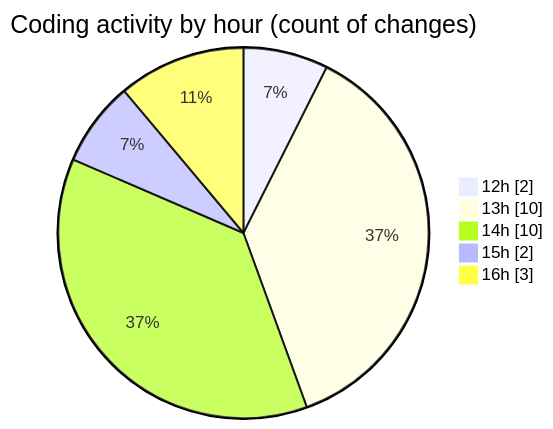
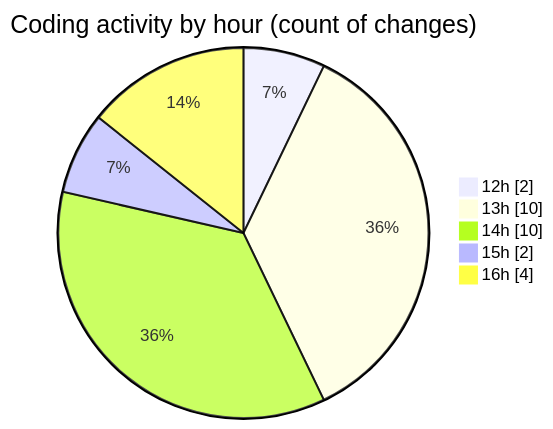
One commit to shibass792/code-tracking changed the second of 2 diagrams in 2026-07-12/untitled__workspace_/README.md. Above: the diagram before and after it, drawn with Mermaid. The commit also changed other lines of this file and 1 other file, not shown here.

````diff
--- a/2026-07-12/untitled__workspace_/README.md
+++ b/2026-07-12/untitled__workspace_/README.md
@@ -34,9 +35,9 @@
 ```mermaid
 pie showData
 title Coding activity by hour (count of changes)
 "12h" : 2
 "13h" : 10
 "14h" : 10
 "15h" : 2
-"16h" : 3
+"16h" : 4
 ```
````
